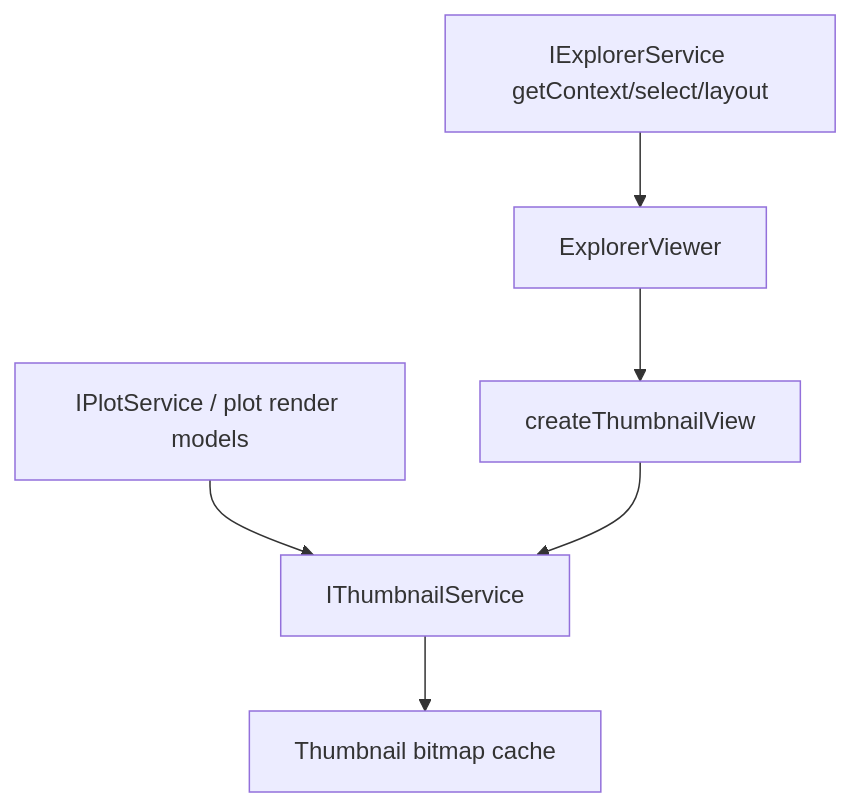
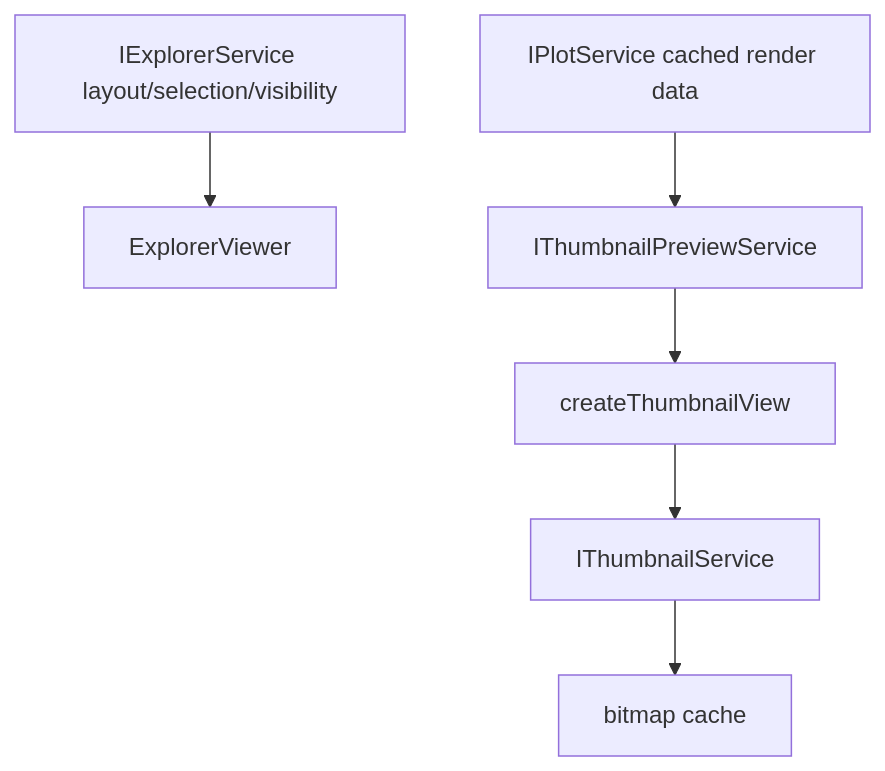
Before and after one commit to chogng/conductor: the diagram in .github/instructions/thumbnail.instructions.md, drawn with Mermaid. The commit also changed other lines of this file and 23 other files, not shown here.

````diff
--- a/.github/instructions/thumbnail.instructions.md
+++ b/.github/instructions/thumbnail.instructions.md
@@ -83,8 +74,8 @@
 ```mermaid
 flowchart TD
-    ExplorerService[IExplorerService getContext/select/layout] --> ExplorerViewer[ExplorerViewer]
-    Plot[IPlotService / plot render models] --> ThumbnailService[IThumbnailService]
-    ExplorerViewer --> ThumbnailView[createThumbnailView]
-    ThumbnailView --> ThumbnailService
-    ThumbnailService --> Cache[Thumbnail bitmap cache]
+    ExplorerService[IExplorerService layout/selection/visibility] --> ExplorerViewer[ExplorerViewer]
+    Plot[IPlotService cached render data] --> ThumbnailPreviewService[IThumbnailPreviewService]
+    ThumbnailPreviewService --> ThumbnailView[createThumbnailView]
+    ThumbnailView --> ThumbnailService[IThumbnailService]
+    ThumbnailService --> Cache[bitmap cache]
 ```
````
